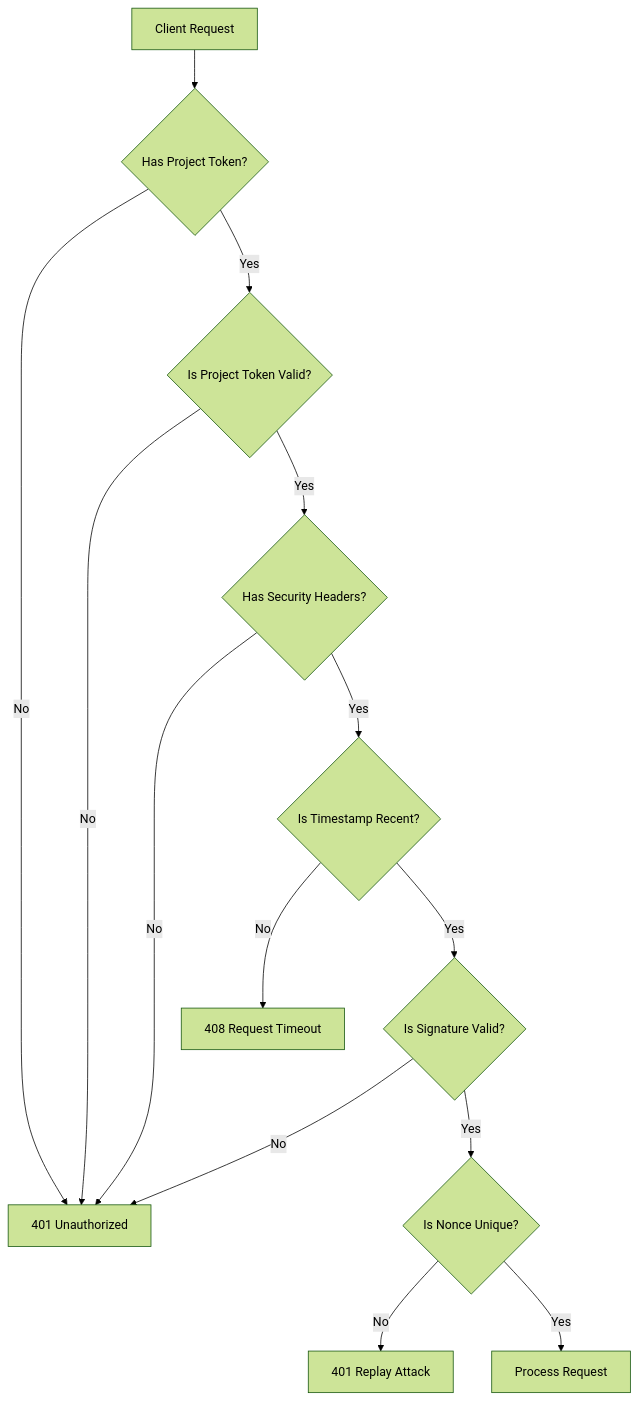
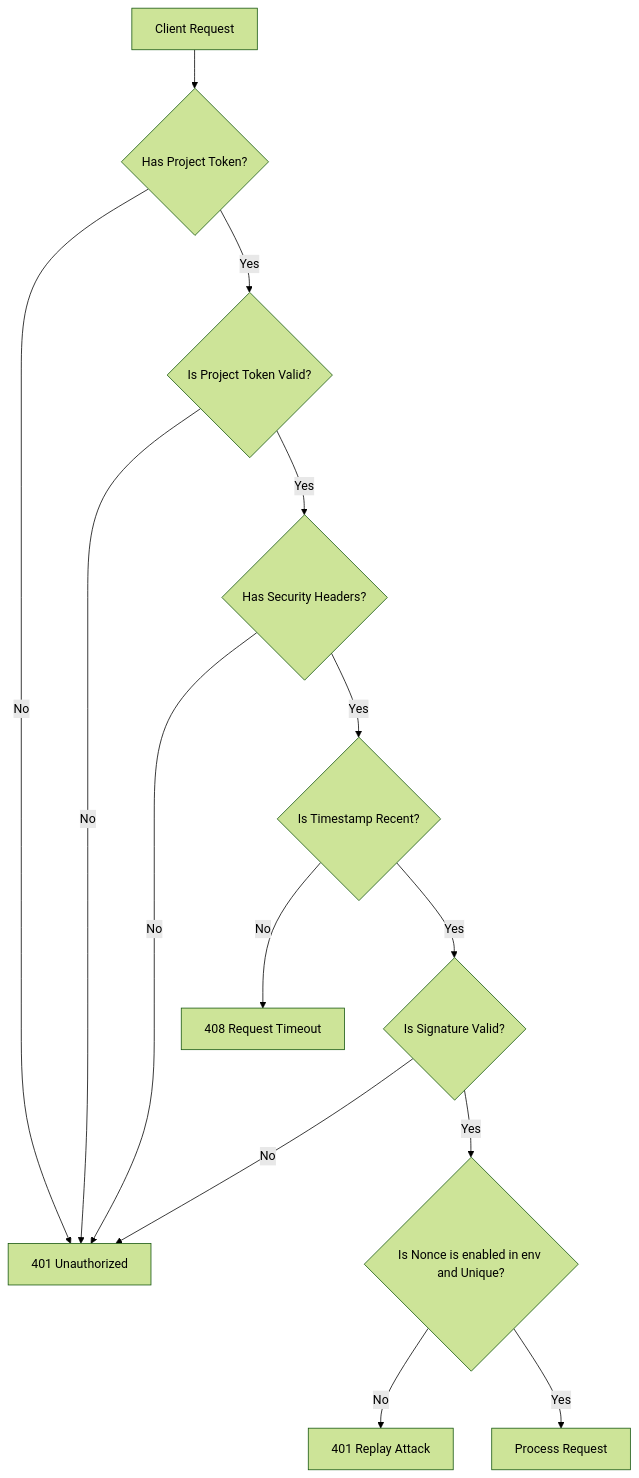
The fourth of 10 diagrams in docs/user-services.md (vinodhj/expense-microservices), drawn with Mermaid (forest theme) before and after one commit. The commit also changed other lines of this file, not shown here.

````diff
--- a/docs/user-services.md
+++ b/docs/user-services.md
@@ -196,16 +203,16 @@
 ```mermaid
 flowchart TD
     A[Client Request] --> B{Has Project Token?}
     B -->|No| C[401 Unauthorized]
     B -->|Yes| D{Is Project Token Valid?}
     D -->|No| C
     D -->|Yes| E{Has Security Headers?}
     E -->|No| C
     E -->|Yes| F{Is Timestamp Recent?}
     F -->|No| G[408 Request Timeout]
     F -->|Yes| H{Is Signature Valid?}
     H -->|No| C
-    H -->|Yes| I{Is Nonce Unique?}
+    H -->|Yes| I{Is Nonce is enabled in env and Unique?}
     I -->|No| J[401 Replay Attack]
     I -->|Yes| K[Process Request]
 ```
````
